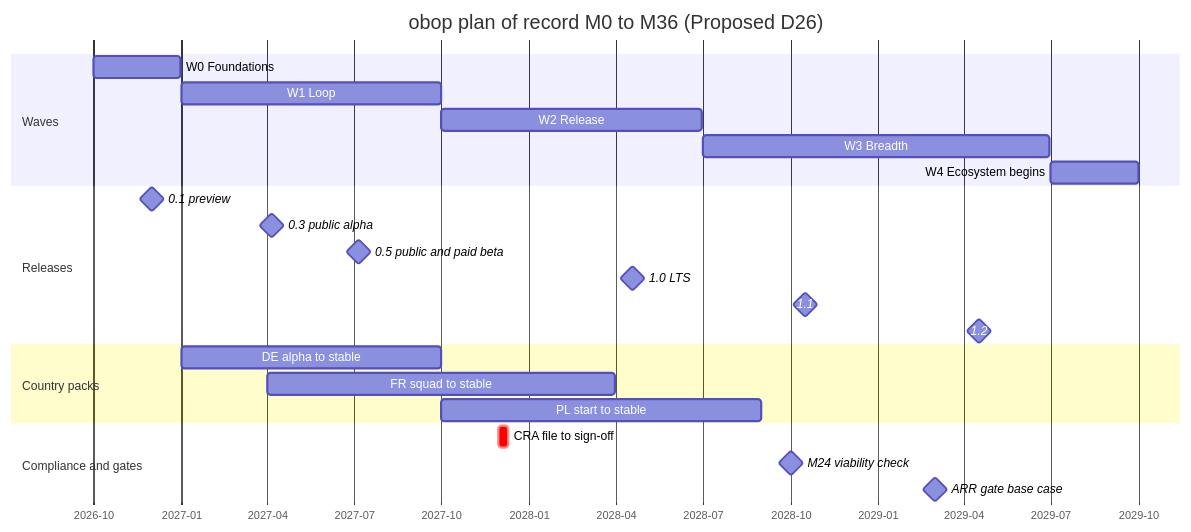
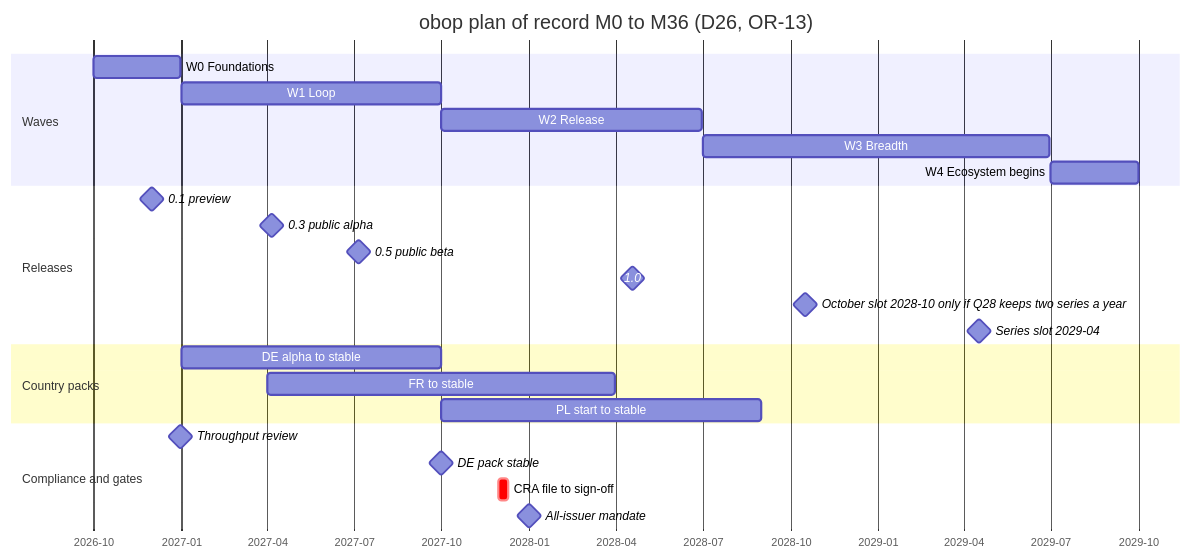
Before and after one commit to SpaceCorps/obop: the first of 2 diagrams in docs/ROADMAP.md, drawn with Mermaid. The commit also changed other lines of this file and 8 other files, not shown here.

````diff
--- a/docs/ROADMAP.md
+++ b/docs/ROADMAP.md
@@ -112,27 +121,28 @@
 ```mermaid
 gantt
-    title obop plan of record M0 to M36 (Proposed D26)
+    title obop plan of record M0 to M36 (D26, OR-13)
     dateFormat YYYY-MM-DD
     axisFormat %Y-%m
     section Waves
     W0 Foundations          :w0, 2026-10-01, 2026-12-31
     W1 Loop                 :w1, 2027-01-01, 2027-09-30
     W2 Release              :w2, 2027-10-01, 2028-06-30
     W3 Breadth              :w3, 2028-07-01, 2029-06-30
     W4 Ecosystem begins     :w4, 2029-07-01, 2029-10-01
     section Releases
     0.1 preview             :milestone, r01, 2026-12-01, 0d
     0.3 public alpha        :milestone, r03, 2027-04-06, 0d
-    0.5 public and paid beta :milestone, r05, 2027-07-06, 0d
-    1.0 LTS                 :milestone, r10, 2028-04-18, 0d
-    1.1                     :milestone, r11, 2028-10-17, 0d
-    1.2                     :milestone, r12, 2029-04-17, 0d
+    0.5 public beta         :milestone, r05, 2027-07-06, 0d
+    1.0                     :milestone, r10, 2028-04-18, 0d
+    October slot 2028-10 only if Q28 keeps two series a year :milestone, r11, 2028-10-17, 0d
+    Series slot 2029-04     :milestone, r12, 2029-04-17, 0d
     section Country packs
     DE alpha to stable      :de, 2027-01-01, 2027-09-30
-    FR squad to stable      :fr, 2027-04-01, 2028-03-31
+    FR to stable            :fr, 2027-04-01, 2028-03-31
     PL start to stable      :pl, 2027-10-01, 2028-08-31
     section Compliance and gates
+    Throughput review       :milestone, tr, 2026-12-31, 0d
+    DE pack stable          :milestone, ds, 2027-09-30, 0d
     CRA file to sign-off    :crit, cra, 2027-11-30, 2027-12-10
-    M24 viability check     :milestone, g5, 2028-10-01, 0d
-    ARR gate base case      :milestone, g6, 2029-03-01, 0d
+    All-issuer mandate      :milestone, an, 2028-01-01, 0d
 ```
````
